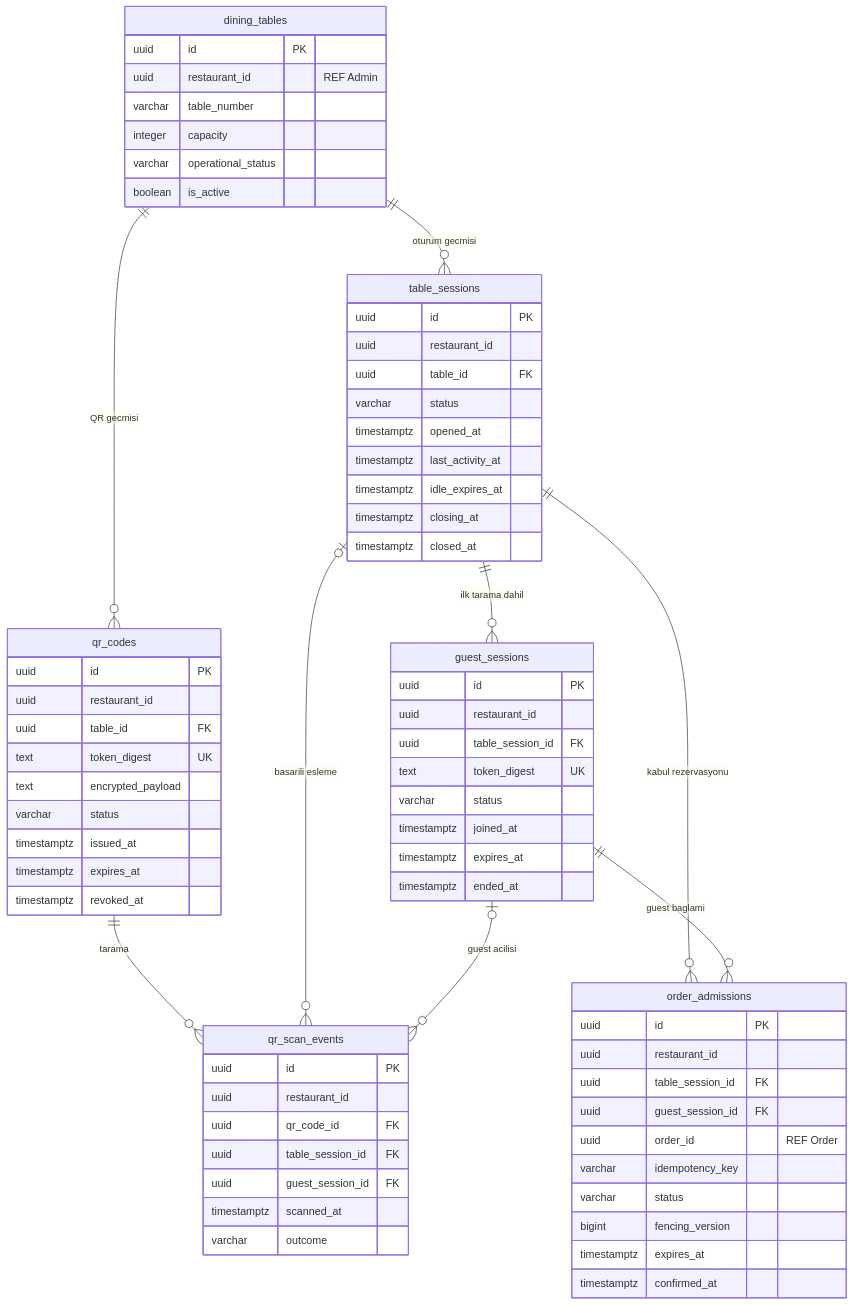
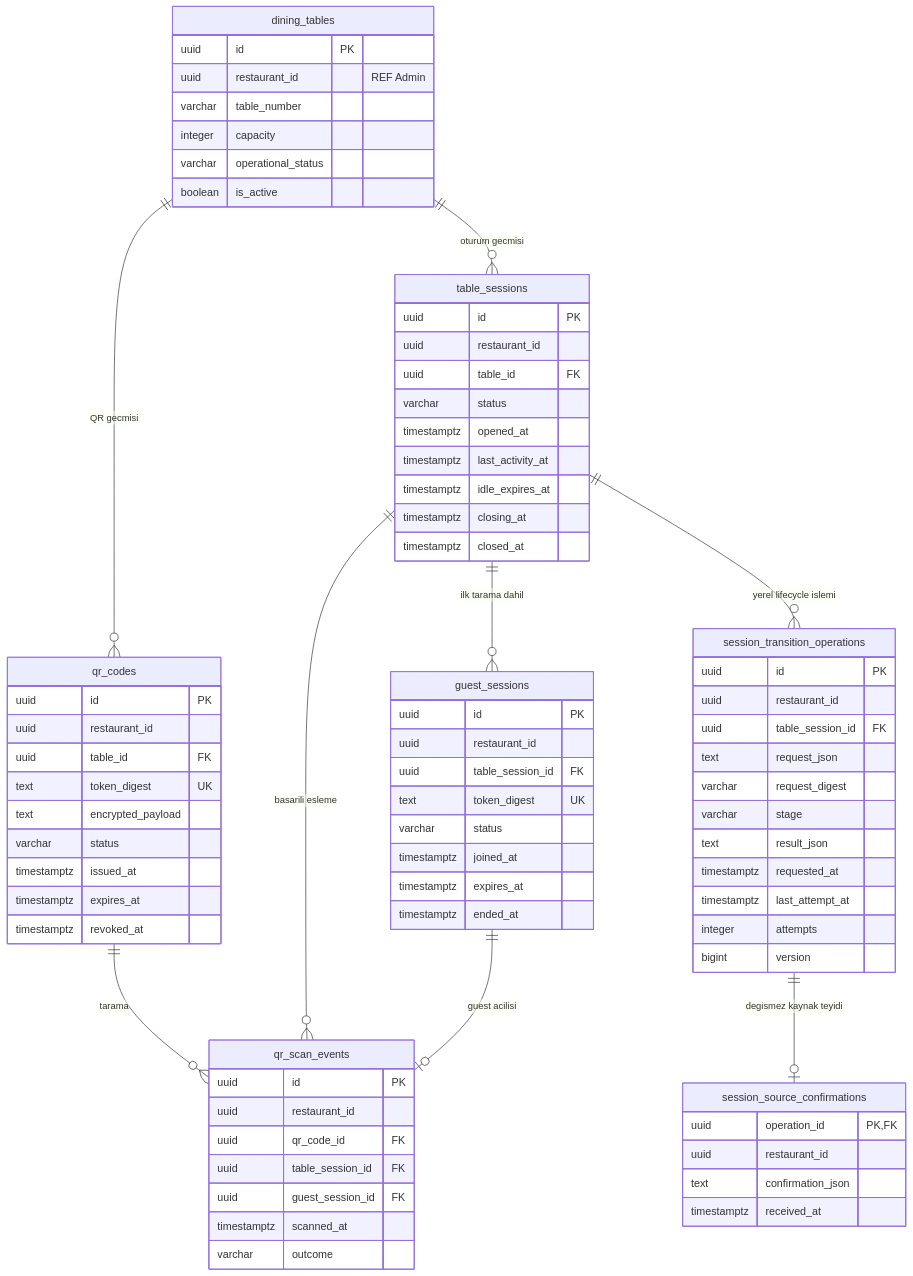
The fourth of 13 diagrams in docs/er-diagram.md (software-lecture-labs/Restofy), drawn with Mermaid before and after one commit. The commit also changed other lines of this file and 32 other files, not shown here.

````diff
--- a/docs/er-diagram.md
+++ b/docs/er-diagram.md
@@ -138,73 +138,80 @@
 ```mermaid
 erDiagram
     dining_tables ||--o{ qr_codes : "QR gecmisi"
     dining_tables ||--o{ table_sessions : "oturum gecmisi"
     table_sessions ||--o{ guest_sessions : "ilk tarama dahil"
     qr_codes ||--o{ qr_scan_events : "tarama"
-    table_sessions o|--o{ qr_scan_events : "basarili esleme"
-    guest_sessions o|--o{ qr_scan_events : "guest acilisi"
-    table_sessions ||--o{ order_admissions : "kabul rezervasyonu"
-    guest_sessions ||--o{ order_admissions : "guest baglami"
+    table_sessions ||--o{ qr_scan_events : "basarili esleme"
+    guest_sessions ||--o| qr_scan_events : "guest acilisi"
+    table_sessions ||--o{ session_transition_operations : "yerel lifecycle islemi"
+    session_transition_operations ||--o| session_source_confirmations : "degismez kaynak teyidi"
 
     dining_tables {
         uuid id PK
         uuid restaurant_id "REF Admin"
         varchar table_number
         integer capacity
         varchar operational_status
         boolean is_active
     }
     qr_codes {
         uuid id PK
         uuid restaurant_id
         uuid table_id FK
         text token_digest UK
         text encrypted_payload
         varchar status
         timestamptz issued_at
         timestamptz expires_at
         timestamptz revoked_at
     }
     table_sessions {
         uuid id PK
         uuid restaurant_id
         uuid table_id FK
         varchar status
         timestamptz opened_at
         timestamptz last_activity_at
         timestamptz idle_expires_at
         timestamptz closing_at
         timestamptz closed_at
     }
     guest_sessions {
         uuid id PK
         uuid restaurant_id
         uuid table_session_id FK
         text token_digest UK
         varchar status
         timestamptz joined_at
         timestamptz expires_at
         timestamptz ended_at
     }
     qr_scan_events {
         uuid id PK
         uuid restaurant_id
         uuid qr_code_id FK
         uuid table_session_id FK
         uuid guest_session_id FK
         timestamptz scanned_at
         varchar outcome
     }
-    order_admissions {
+    session_transition_operations {
         uuid id PK
         uuid restaurant_id
         uuid table_session_id FK
-        uuid guest_session_id FK
-        uuid order_id "REF Order"
-        varchar idempotency_key
-        varchar status
-        bigint fencing_version
-        timestamptz expires_at
-        timestamptz confirmed_at
+        text request_json
+        varchar request_digest
+        varchar stage
+        text result_json
+        timestamptz requested_at
+        timestamptz last_attempt_at
+        integer attempts
+        bigint version
+    }
+    session_source_confirmations {
+        uuid operation_id PK,FK
+        uuid restaurant_id
+        text confirmation_json
+        timestamptz received_at
     }
 ```
````
